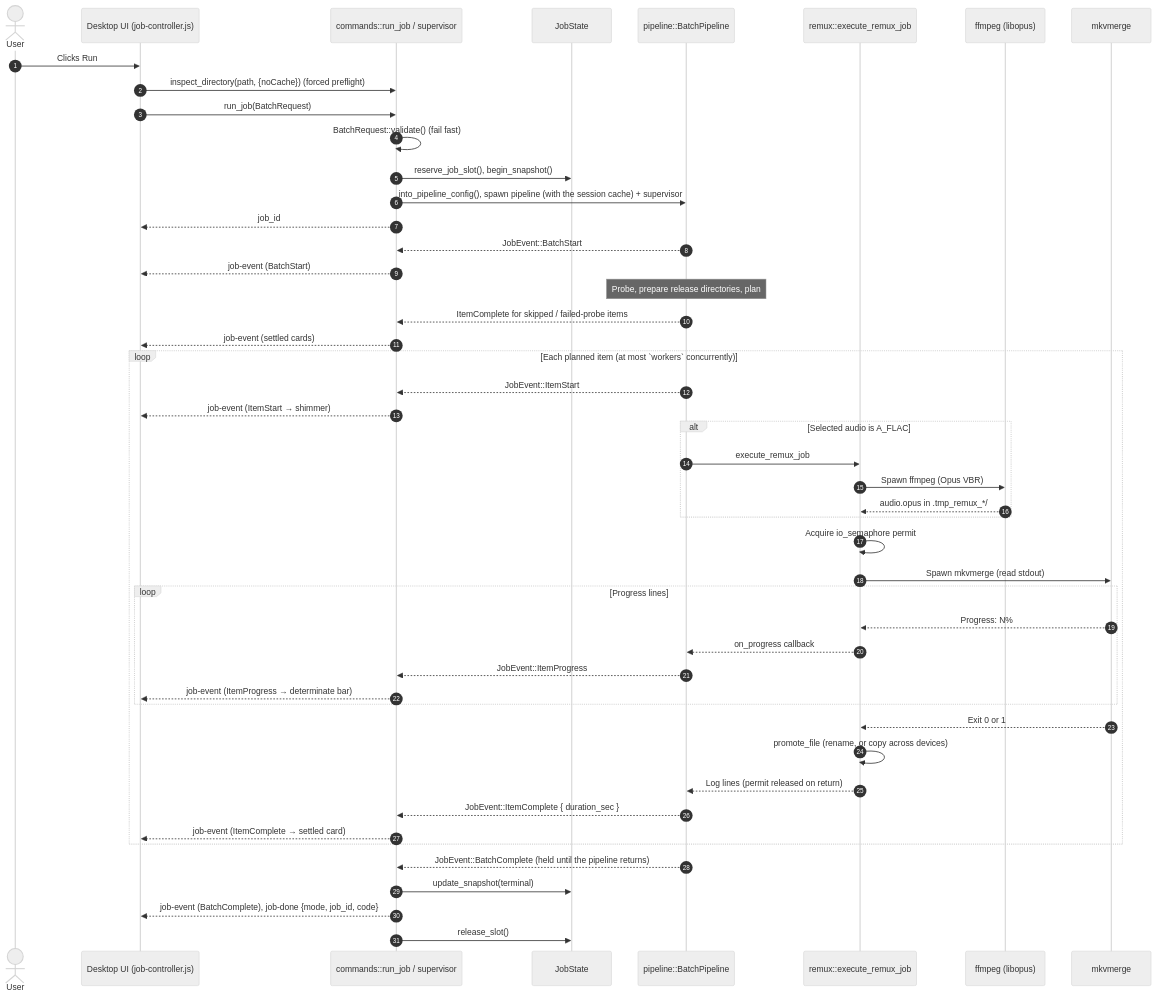
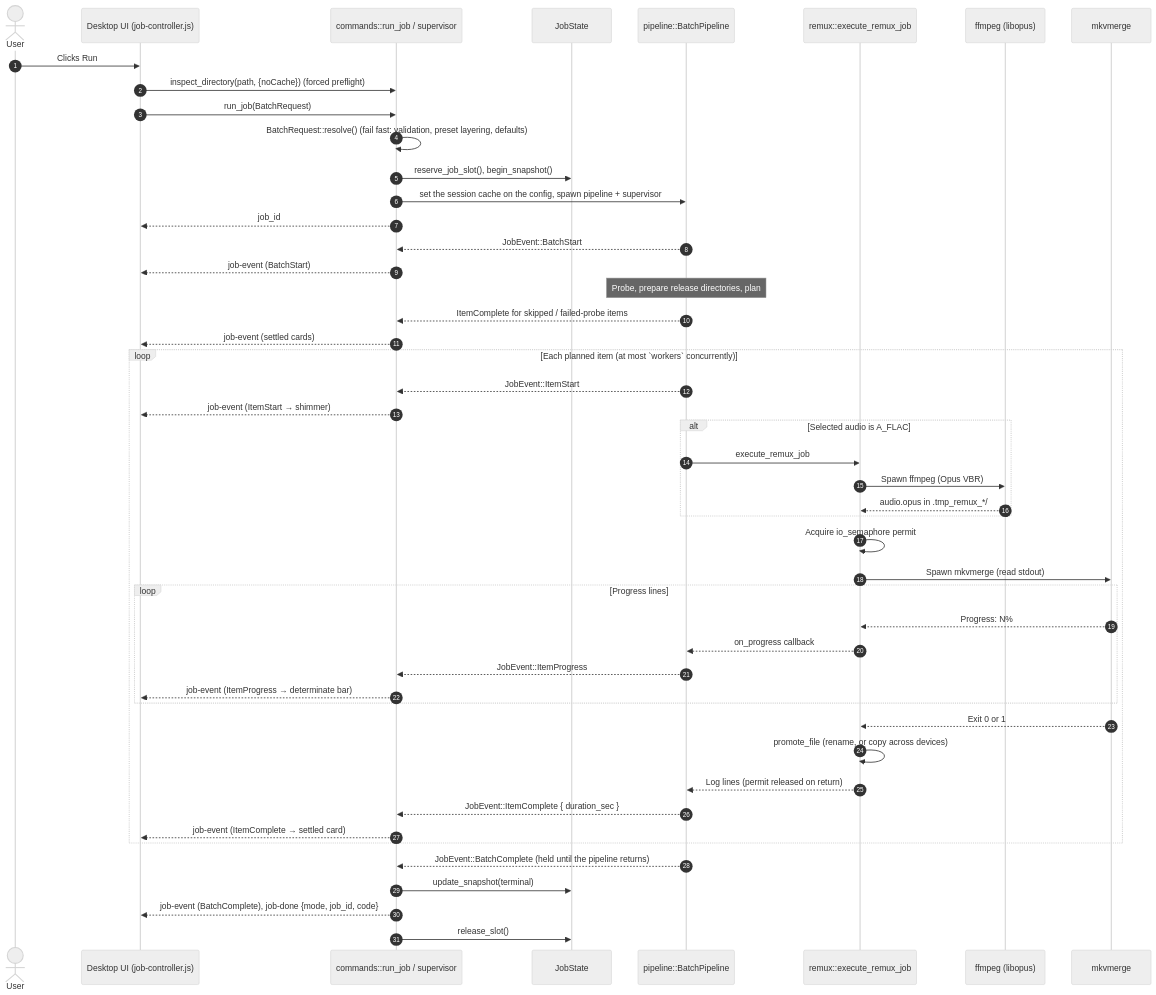
Before and after one commit to Si-Forces/mkvanimebatch: the eighth of 8 diagrams in architecture.md, drawn with Mermaid (neutral theme). The commit also changed other lines of this file and 13 other files, not shown here.

First line of the commit message:
refactor(core,cli): one Batch Request resolution step (#57)

````diff
--- a/architecture.md
+++ b/architecture.md
@@ -570,57 +570,57 @@
 ```mermaid
 sequenceDiagram
     autonumber
     actor User
     participant UI as Desktop UI (job-controller.js)
     participant Cmd as commands::run_job / supervisor
     participant Proc as JobState
     participant Pipe as pipeline::BatchPipeline
     participant RX as remux::execute_remux_job
     participant FF as ffmpeg (libopus)
     participant MKV as mkvmerge
 
     User->>UI: Clicks Run
     UI->>Cmd: inspect_directory(path, {noCache}) (forced preflight)
     UI->>Cmd: run_job(BatchRequest)
-    Cmd->>Cmd: BatchRequest::validate() (fail fast)
+    Cmd->>Cmd: BatchRequest::resolve() (fail fast: validation, preset layering, defaults)
     Cmd->>Proc: reserve_job_slot(), begin_snapshot()
-    Cmd->>Pipe: into_pipeline_config(), spawn pipeline (with the session cache) + supervisor
+    Cmd->>Pipe: set the session cache on the config, spawn pipeline + supervisor
     Cmd-->>UI: job_id
     Pipe-->>Cmd: JobEvent::BatchStart
     Cmd-->>UI: job-event (BatchStart)
 
     Note over Pipe: Probe, prepare release directories, plan
     Pipe-->>Cmd: ItemComplete for skipped / failed-probe items
     Cmd-->>UI: job-event (settled cards)
 
     loop Each planned item (at most `workers` concurrently)
         Pipe-->>Cmd: JobEvent::ItemStart
         Cmd-->>UI: job-event (ItemStart → shimmer)
 
         alt Selected audio is A_FLAC
             Pipe->>RX: execute_remux_job
             RX->>FF: Spawn ffmpeg (Opus VBR)
             FF-->>RX: audio.opus in .tmp_remux_*/
         end
 
         RX->>RX: Acquire io_semaphore permit
         RX->>MKV: Spawn mkvmerge (read stdout)
         loop Progress lines
             MKV-->>RX: Progress: N%
             RX-->>Pipe: on_progress callback
             Pipe-->>Cmd: JobEvent::ItemProgress
             Cmd-->>UI: job-event (ItemProgress → determinate bar)
         end
         MKV-->>RX: Exit 0 or 1
         RX->>RX: promote_file (rename, or copy across devices)
         RX-->>Pipe: Log lines (permit released on return)
 
         Pipe-->>Cmd: JobEvent::ItemComplete { duration_sec }
         Cmd-->>UI: job-event (ItemComplete → settled card)
     end
 
     Pipe-->>Cmd: JobEvent::BatchComplete (held until the pipeline returns)
     Cmd->>Proc: update_snapshot(terminal)
     Cmd-->>UI: job-event (BatchComplete), job-done {mode, job_id, code}
     Cmd->>Proc: release_slot()
 ```
````
